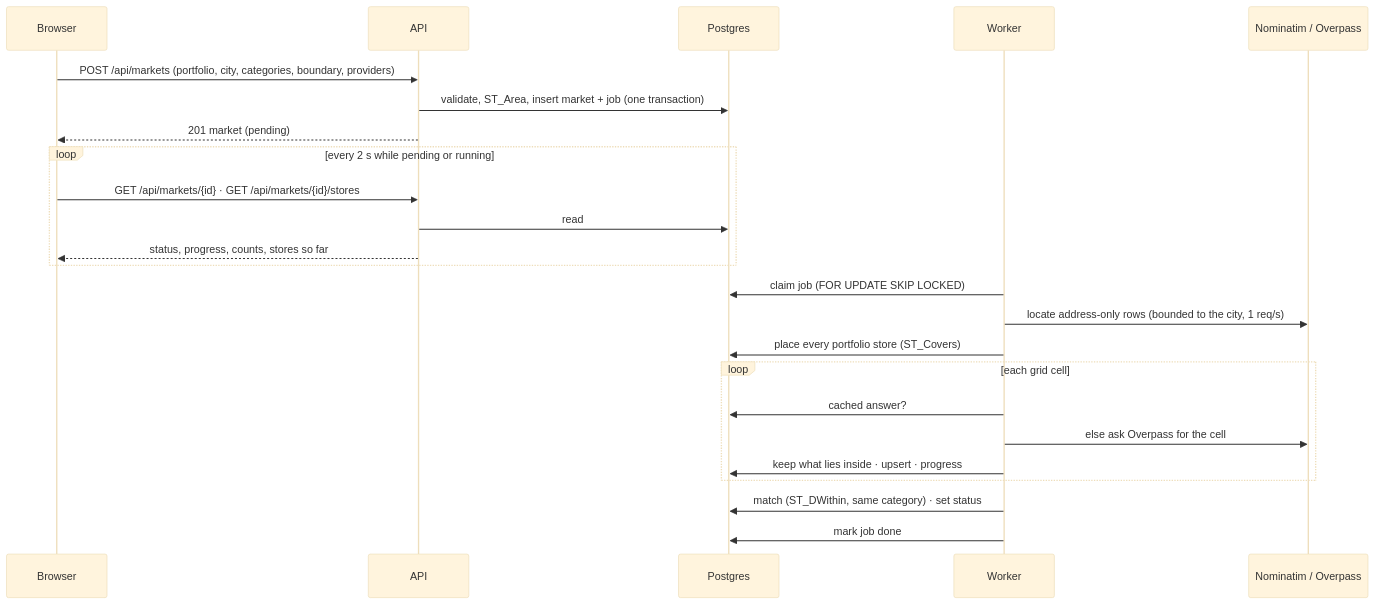
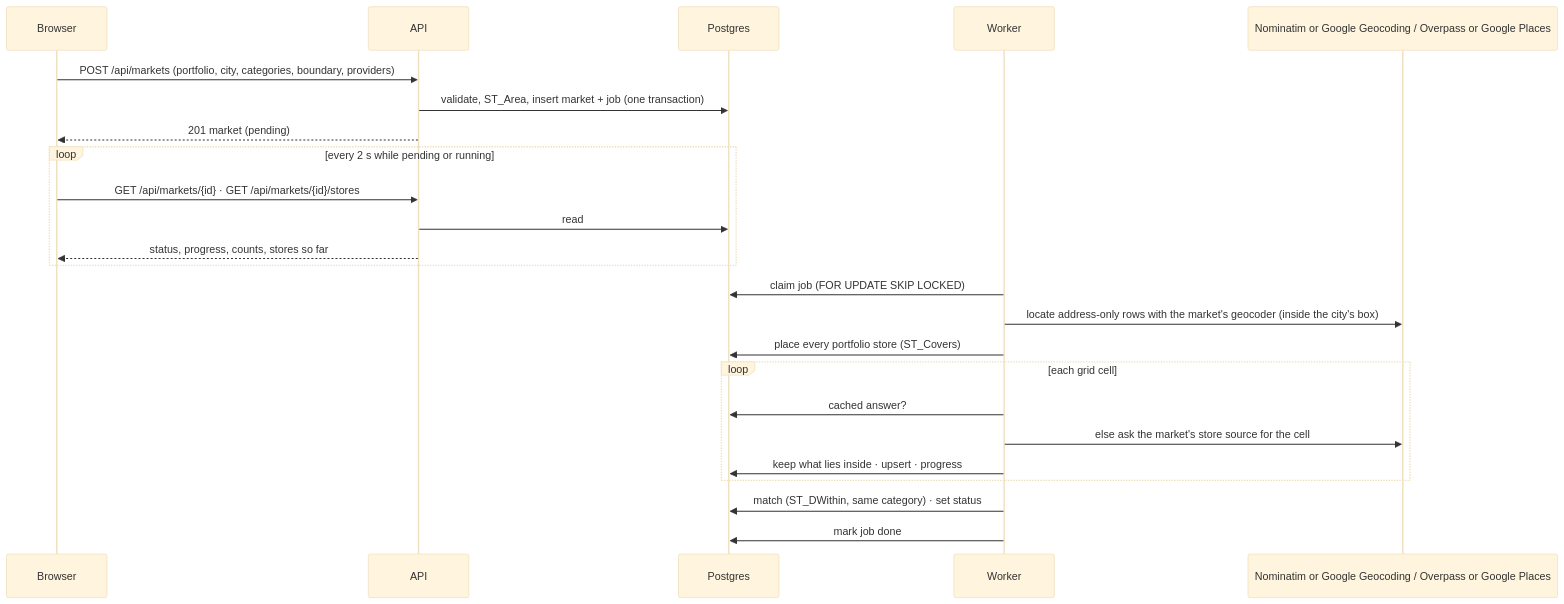
Before and after one commit to tejasvinaikbg/market-scope: the second of 2 diagrams in docs/design/LLD.md, drawn with Mermaid (base theme). The commit also changed other lines of this file and 55 other files, not shown here.

Commit message:
Google Places, Google Geocoding and the Google map, each chosen per market behind its key

````diff
--- a/docs/design/LLD.md
+++ b/docs/design/LLD.md
@@ -60,26 +60,26 @@
 ```mermaid
 sequenceDiagram
   participant B as Browser
   participant A as API
   participant D as Postgres
   participant W as Worker
-  participant X as Nominatim / Overpass
+  participant X as Nominatim or Google Geocoding / Overpass or Google Places
   B->>A: POST /api/markets (portfolio, city, categories, boundary, providers)
   A->>D: validate, ST_Area, insert market + job (one transaction)
   A-->>B: 201 market (pending)
   loop every 2 s while pending or running
     B->>A: GET /api/markets/{id} · GET /api/markets/{id}/stores
     A->>D: read
     A-->>B: status, progress, counts, stores so far
   end
   W->>D: claim job (FOR UPDATE SKIP LOCKED)
-  W->>X: locate address-only rows (bounded to the city, 1 req/s)
+  W->>X: locate address-only rows with the market's geocoder (inside the city's box)
   W->>D: place every portfolio store (ST_Covers)
   loop each grid cell
     W->>D: cached answer?
-    W->>X: else ask Overpass for the cell
+    W->>X: else ask the market's store source for the cell
     W->>D: keep what lies inside · upsert · progress
   end
   W->>D: match (ST_DWithin, same category) · set status
   W->>D: mark job done
 ```
````
